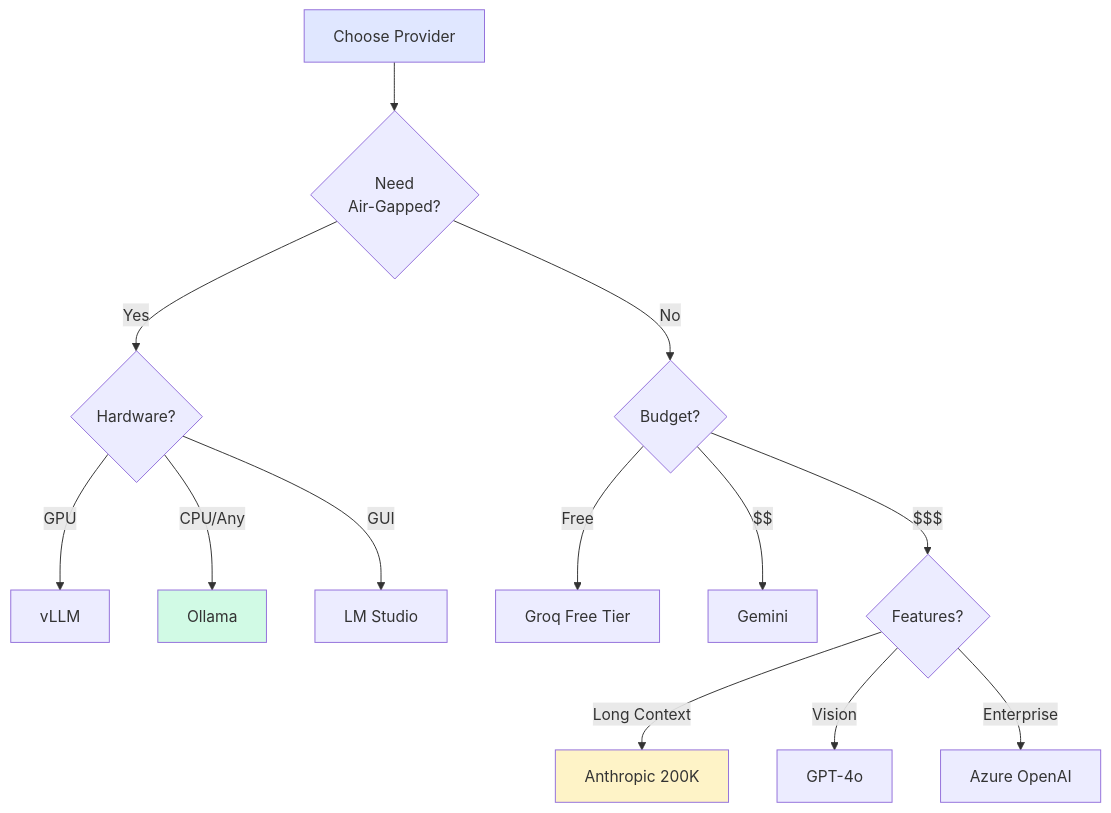
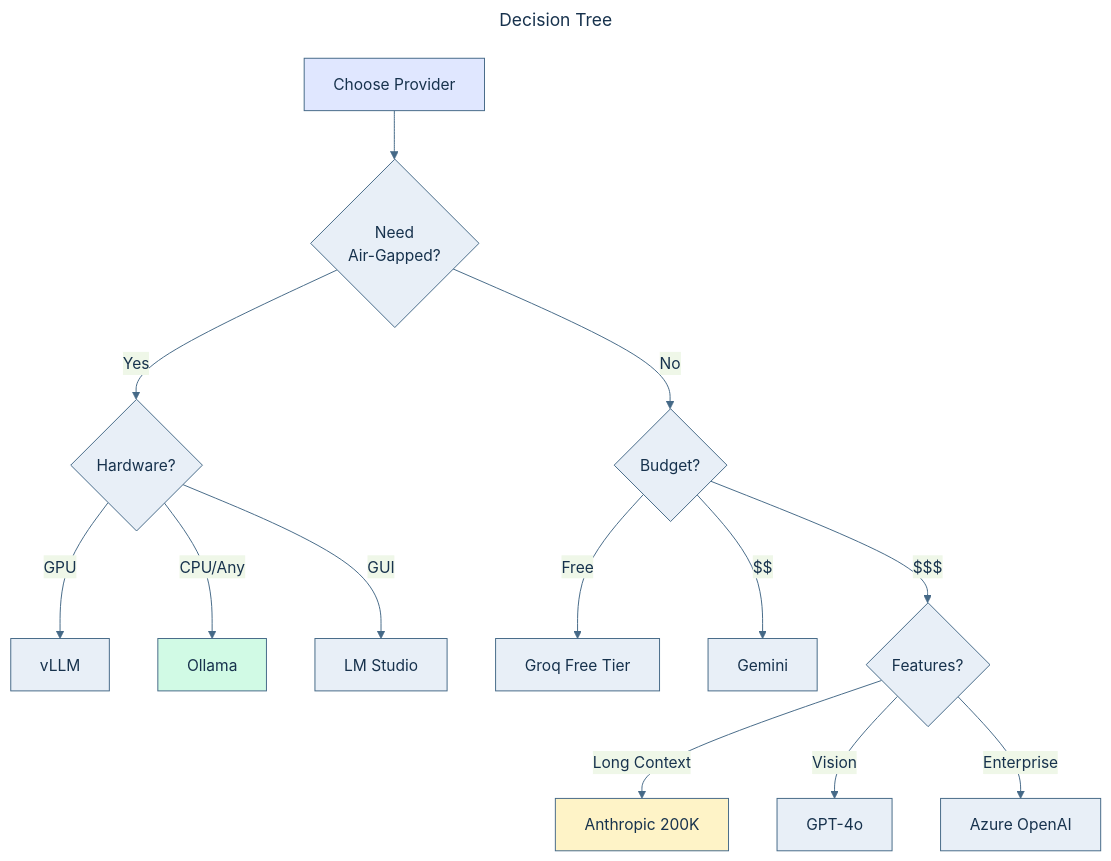
Before and after one commit to anvai-labs/victor: the diagram in docs/reference/providers-comparison.md, drawn with Mermaid. The commit also changed 38 other files, not shown here.

Commit message:
docs: refresh architecture diagrams and distinguish implementation targets (#1045)

````diff
--- a/docs/reference/providers-comparison.md
+++ b/docs/reference/providers-comparison.md
@@ -21,22 +21,26 @@
 ```mermaid
+---
+title: Decision Tree
+---
+%%{init: {"theme":"base","themeVariables":{"primaryColor":"#E8EFF7","primaryTextColor":"#17324D","primaryBorderColor":"#456987","lineColor":"#456987","fontFamily":"Arial"}}}%%
 flowchart TD
     START["Choose Provider"] --> AIR{"Need<br/>Air-Gapped?"}
     AIR -->|Yes| LOCAL{"Hardware?"}
     AIR -->|No| CLOUD{"Budget?"}
 
     LOCAL -->|GPU| VLLM["vLLM"]
     LOCAL -->|CPU/Any| OLLAMA["Ollama"]
     LOCAL -->|GUI| LMSTUDIO["LM Studio"]
 
     CLOUD -->|Free| GROQ["Groq Free Tier"]
     CLOUD -->|$$| GOOGLE["Gemini"]
     CLOUD -->|$$$| FEATURES{"Features?"}
 
     FEATURES -->|Long Context| ANTHROPIC["Anthropic 200K"]
     FEATURES -->|Vision| GPT4O["GPT-4o"]
     FEATURES -->|Enterprise| AZURE["Azure OpenAI"]
 
     style START fill:#e0e7ff
     style OLLAMA fill:#d1fae5
     style ANTHROPIC fill:#fef3c7
 ```
````
